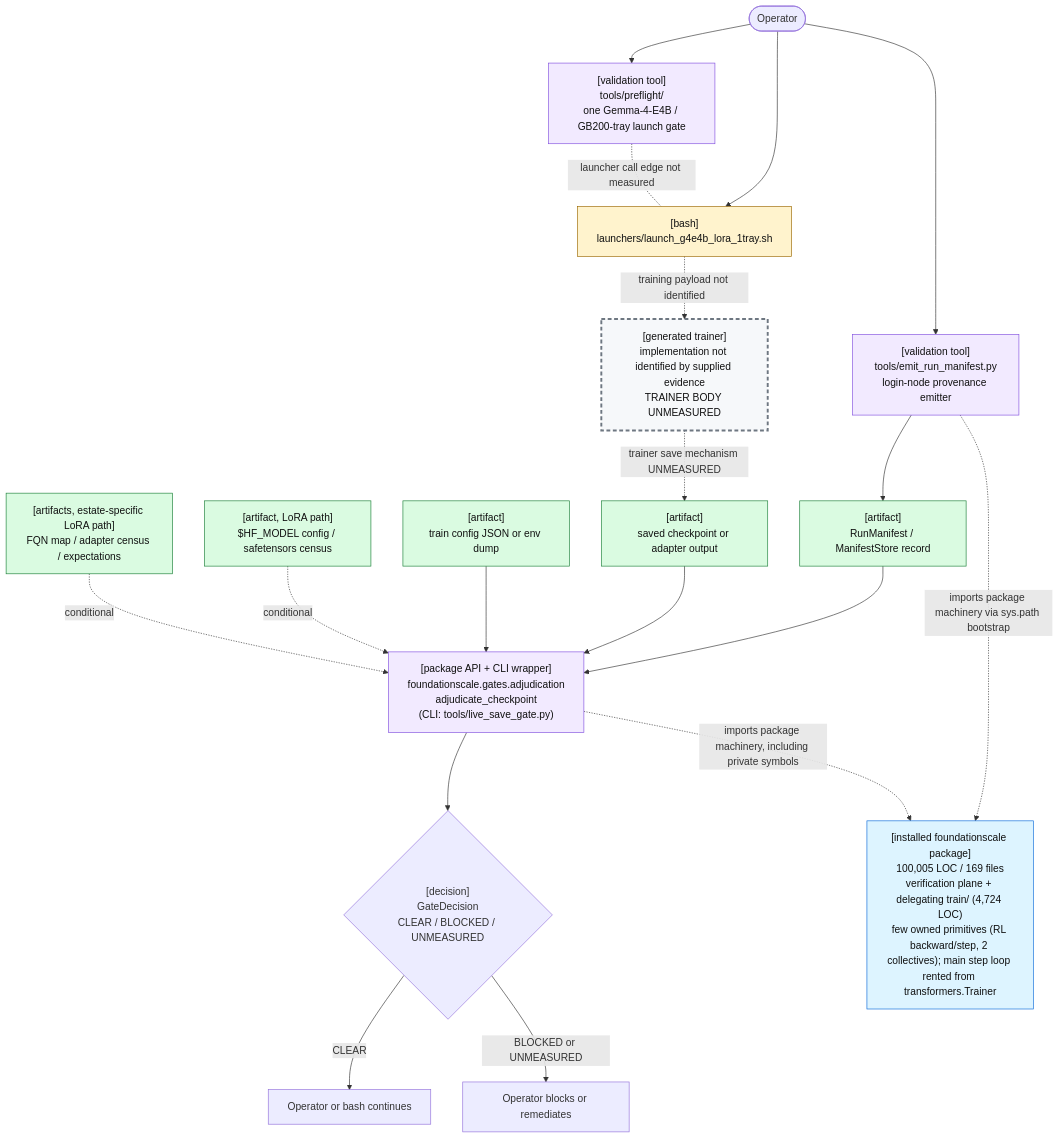
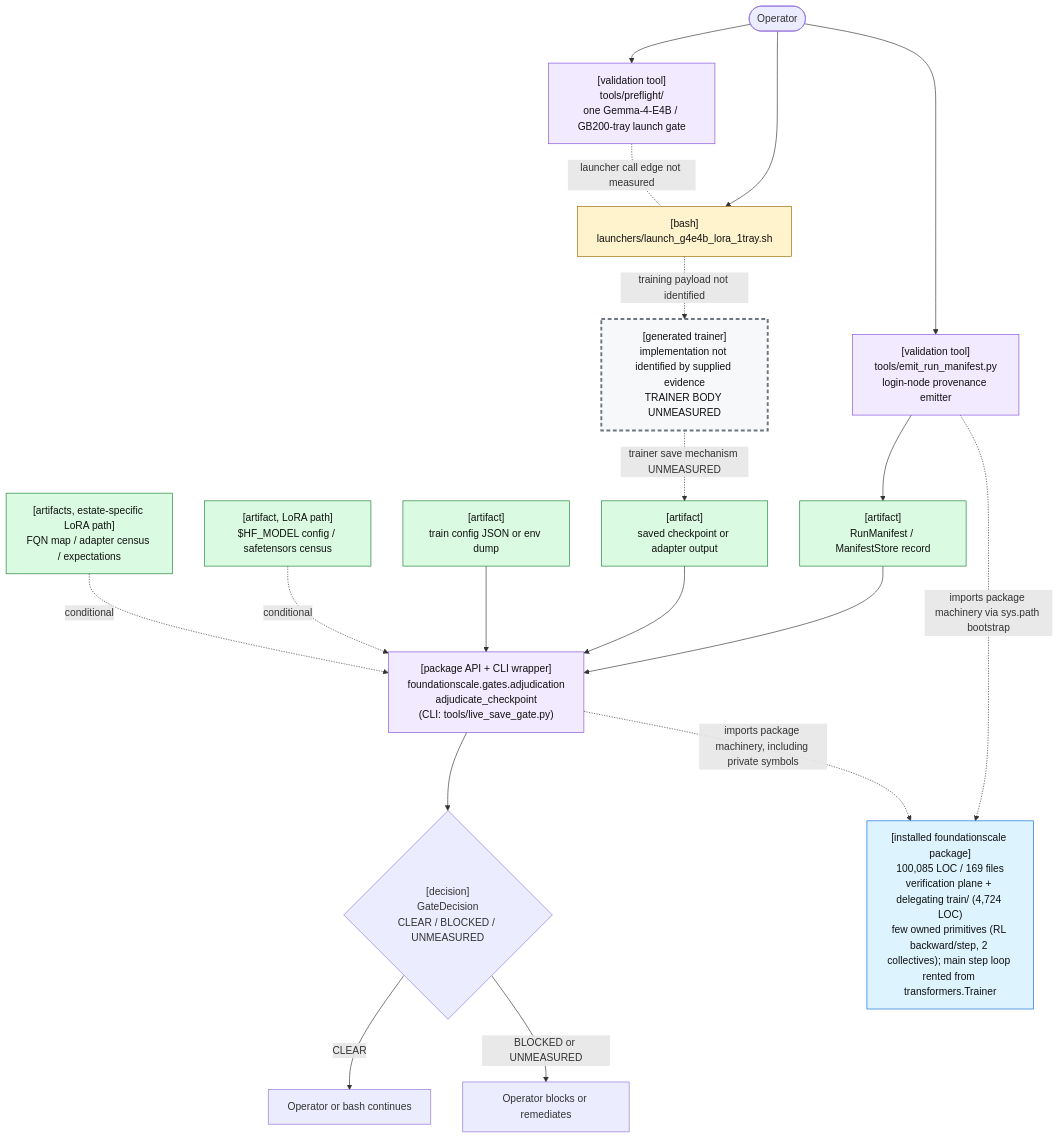
The first of 2 diagrams in docs/review/D2_current_architecture.md (TranNhiem/FoundationScale), drawn with Mermaid before and after one commit. The commit also changed other lines of this file and 10 other files, not shown here.

````diff
--- a/docs/review/D2_current_architecture.md
+++ b/docs/review/D2_current_architecture.md
@@ -25,59 +25,59 @@
 ```mermaid
 flowchart TB
   O(["Operator"])
 
   PF["[validation tool]<br/>tools/preflight/<br/>one Gemma-4-E4B / GB200-tray launch gate"]
   L["[bash]<br/>launchers/launch_g4e4b_lora_1tray.sh"]
 
   E["[validation tool]<br/>tools/emit_run_manifest.py<br/>login-node provenance emitter"]
   M["[artifact]<br/>RunManifest / ManifestStore record"]
 
   T["[generated trainer]<br/>implementation not identified by supplied evidence<br/>TRAINER BODY UNMEASURED"]
   C["[artifact]<br/>saved checkpoint or adapter output"]
 
   G["[package API + CLI wrapper]<br/>foundationscale.gates.adjudication<br/>adjudicate_checkpoint<br/>(CLI: tools/live_save_gate.py)"]
   CFG["[artifact]<br/>train config JSON or env dump"]
   BASE["[artifact, LoRA path]<br/>$HF_MODEL config / safetensors census"]
   CEN["[artifacts, estate-specific LoRA path]<br/>FQN map / adapter census / expectations"]
 
   D{"[decision]<br/>GateDecision<br/>CLEAR / BLOCKED / UNMEASURED"}
   OK["Operator or bash continues"]
   NO["Operator blocks or remediates"]
 
-  PKG["[installed foundationscale package]<br/>100,005 LOC / 169 files<br/>verification plane + delegating train/ (4,724 LOC)<br/>few owned primitives (RL backward/step, 2 collectives); main step loop rented from transformers.Trainer"]
+  PKG["[installed foundationscale package]<br/>100,085 LOC / 169 files<br/>verification plane + delegating train/ (4,724 LOC)<br/>few owned primitives (RL backward/step, 2 collectives); main step loop rented from transformers.Trainer"]
 
   O --> PF
   O --> L
   PF -. "launcher call edge not measured" .- L
 
   O --> E
   E --> M
 
   L -. "training payload not identified" .-> T
   T -. "trainer save mechanism UNMEASURED" .-> C
 
   M --> G
   C --> G
   CFG --> G
   BASE -. "conditional" .-> G
   CEN -. "conditional" .-> G
 
   E -. "imports package machinery via sys.path bootstrap" .-> PKG
   G -. "imports package machinery, including private symbols" .-> PKG
 
   G --> D
   D -->|"CLEAR"| OK
   D -->|"BLOCKED or UNMEASURED"| NO
 
   classDef bash fill:#fff3cd,stroke:#9a6700,color:#111;
   classDef tool fill:#f2eaff,stroke:#8250df,color:#111;
   classDef artifact fill:#dafbe1,stroke:#1a7f37,color:#111;
   classDef gap fill:#f6f8fa,stroke:#6e7781,stroke-width:3px,stroke-dasharray: 6 4,color:#111;
   classDef pkg fill:#ddf4ff,stroke:#0969da,color:#111;
 
   class L bash;
   class PF,E,G tool;
   class M,C,CFG,BASE,CEN artifact;
   class T gap;
   class PKG pkg;
 ```
````
